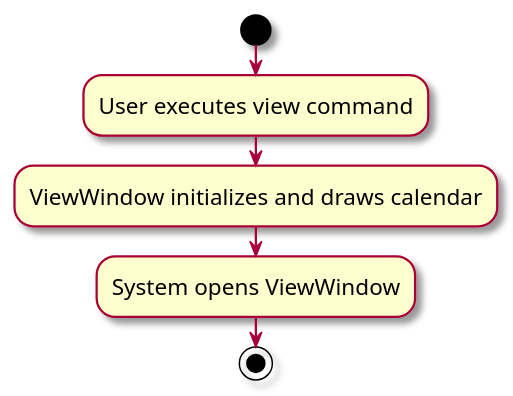
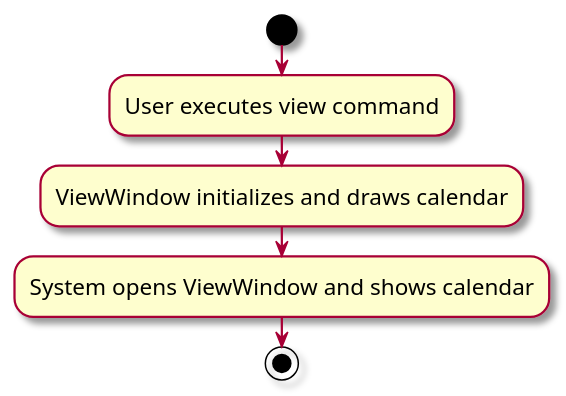
The diagram in docs/diagrams/ViewActivityDiagram.puml (zoebelle-pang/tp), drawn with PlantUML before and after one commit. The commit also changed 4 other files, not shown here.

```diff
--- a/docs/diagrams/ViewActivityDiagram.puml
+++ b/docs/diagrams/ViewActivityDiagram.puml
@@ -1,14 +1,14 @@
 @startuml
 skin rose
 skinparam ActivityFontSize 15
 skinparam ArrowFontSize 12
 start
 :User executes view command;
 
 'Since the beta syntax does not support placing the condition outside the
 'diamond we place it as the true branch instead.
 
 :ViewWindow initializes and draws calendar;
-:System opens ViewWindow;
+:System opens ViewWindow and shows calendar;
 stop
 @enduml
```
